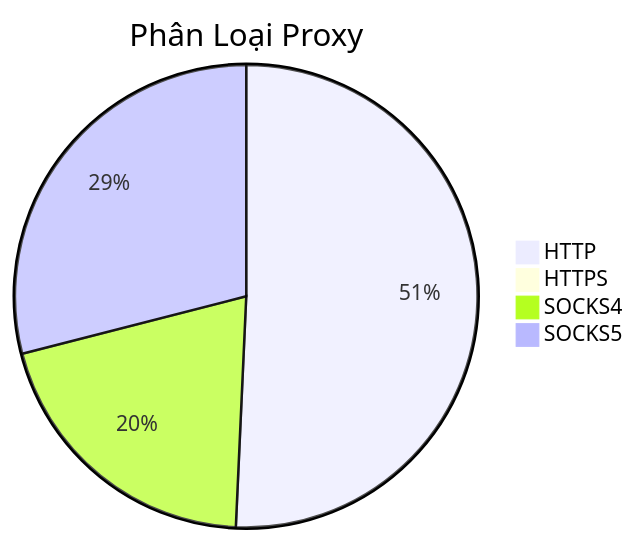
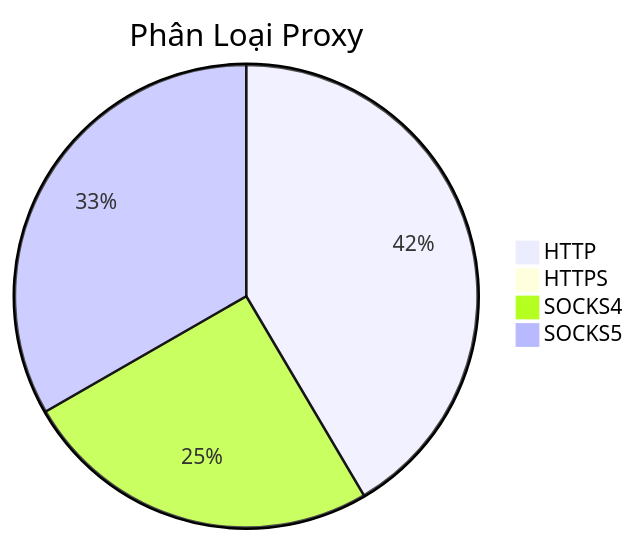
The diagram in README.md (Ciara-12/PROXY-free), drawn with Mermaid before and after one commit. The commit also changed other lines of this file and 3 other files, not shown here.

````diff
--- a/README.md
+++ b/README.md
@@ -26,7 +26,7 @@
 ```mermaid
 pie title Phân Loại Proxy
-    "HTTP" : 565
+    "HTTP" : 435
     "HTTPS" : 0
-    "SOCKS4" : 226
-    "SOCKS5" : 323
+    "SOCKS4" : 264
+    "SOCKS5" : 349
 ```
````
